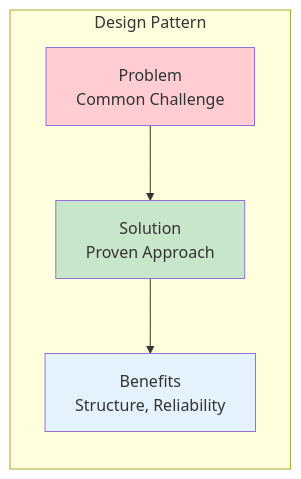
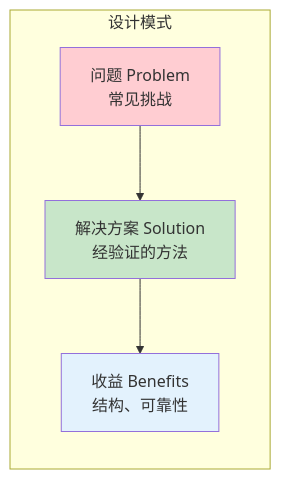
The fourth of 20 diagrams in i18n/zh-Hans/docusaurus-plugin-content-docs/current/ai/agents/design-patterns.mdx (YiWang24/AiDIY), drawn with Mermaid before and after one commit. The commit also changed other lines of this file and 59 other files, not shown here.

````diff
--- a/i18n/zh-Hans/docusaurus-plugin-content-docs/current/ai/agents/design-patterns.mdx
+++ b/i18n/zh-Hans/docusaurus-plugin-content-docs/current/ai/agents/design-patterns.mdx
@@ -147,14 +147,14 @@
 ```mermaid
 flowchart LR
-    subgraph Pattern["Design Pattern"]
-        PB[Problem<br/>Common Challenge]
-        PS[Solution<br/>Proven Approach]
-        BC[Benefits<br/>Structure, Reliability]
+    subgraph Pattern["设计模式"]
+        PB[问题 Problem<br/>常见挑战]
+        PS[解决方案 Solution<br/>经验证的方法]
+        BC[收益 Benefits<br/>结构、可靠性]
     end
 
     PB --> PS --> BC
 
     style PB fill:#ffcdd2
     style PS fill:#c8e6c9
     style BC fill:#e3f2fd
 ```
````
